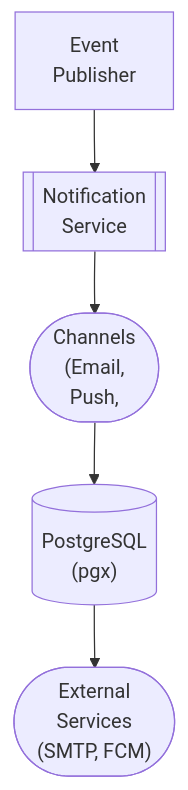
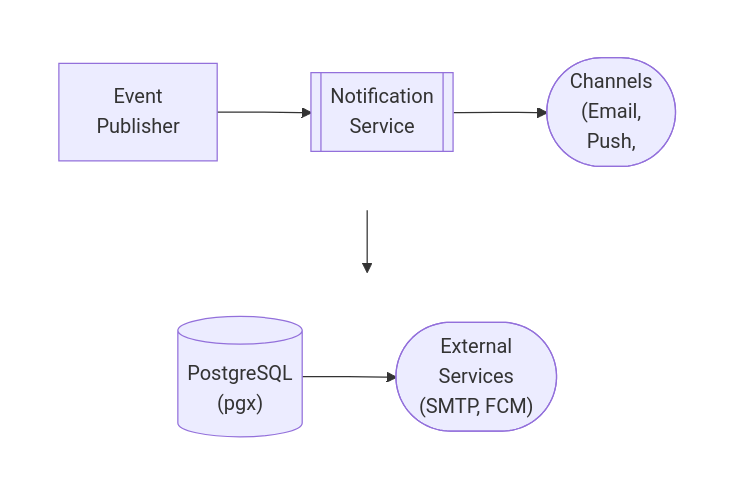
Before and after one commit to lusoris/revenge: the diagram in docs/dev/design/services/NOTIFICATION.md, drawn with Mermaid. The commit also changed 210 other files, not shown here.

First line of the commit message:
feat(docs): Add horizontal layout support for Mermaid diagrams

````diff
--- a/docs/dev/design/services/NOTIFICATION.md
+++ b/docs/dev/design/services/NOTIFICATION.md
@@ -61,12 +61,22 @@
 ```mermaid
 flowchart TD
-    node1["Event<br/>Publisher"]
-    node2[["Notification<br/>Service"]]
-    node3(["Channels<br/>(Email,<br/>Push,"])
-    node4[("PostgreSQL<br/>(pgx)")]
-    node5(["External<br/>Services<br/>(SMTP, FCM)"])
+    subgraph row1[ ]
+        direction LR
+        node1["Event<br/>Publisher"]
+        node2[["Notification<br/>Service"]]
+        node3(["Channels<br/>(Email,<br/>Push,"])
+    end
+    subgraph row2[ ]
+        direction LR
+        node4[("PostgreSQL<br/>(pgx)")]
+        node5(["External<br/>Services<br/>(SMTP, FCM)"])
+    end
     node1 --> node2
     node2 --> node3
     node4 --> node5
     node3 --> node4
+
+    %% Hide row subgraph borders
+    style row1 fill:transparent,stroke:transparent
+    style row2 fill:transparent,stroke:transparent
 ```
````
